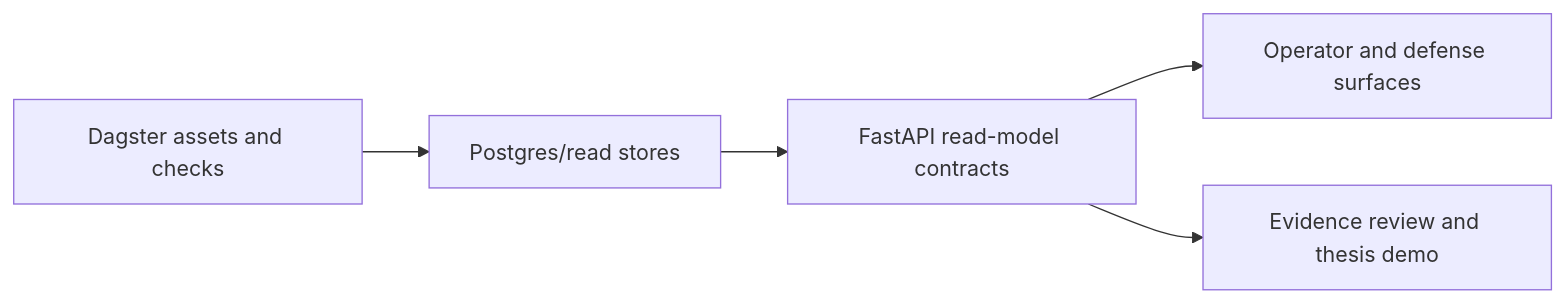
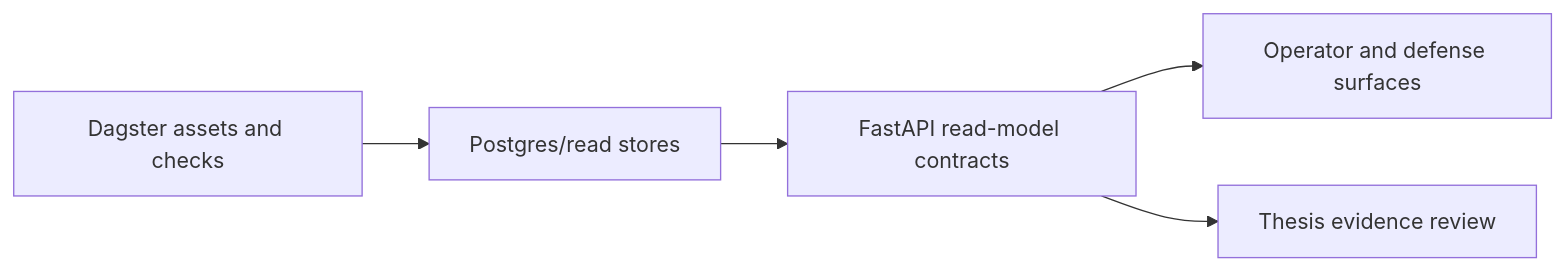
The diagram in docs/thesis/chapters/01-project-overview.md (ilyafefelov/Diploma), drawn with Mermaid before and after one commit. The commit also changed other lines of this file and 40 other files, not shown here.

````diff
--- a/docs/thesis/chapters/01-project-overview.md
+++ b/docs/thesis/chapters/01-project-overview.md
@@ -103,7 +103,7 @@
 ```mermaid
 flowchart LR
   A["Dagster assets and checks"] --> B["Postgres/read stores"]
   B --> C["FastAPI read-model contracts"]
   C --> D["Operator and defense surfaces"]
-  C --> E["Evidence review and thesis demo"]
+  C --> E["Thesis evidence review"]
 ```
````
